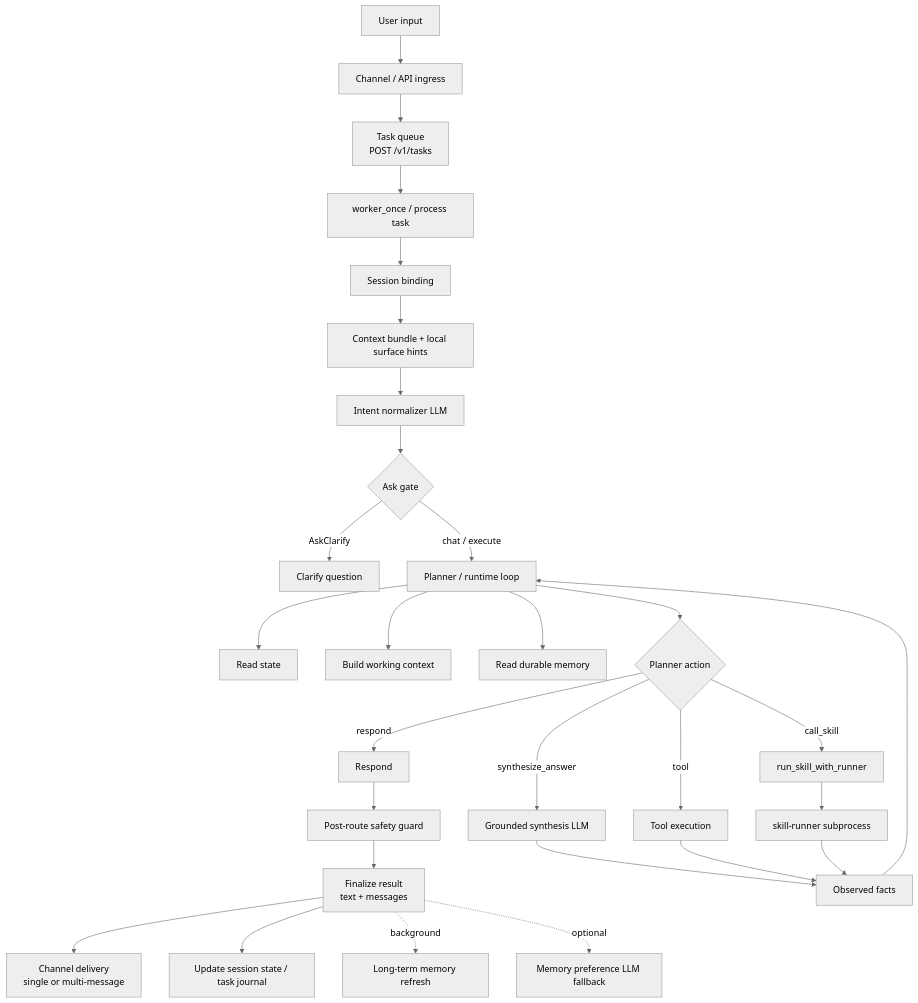
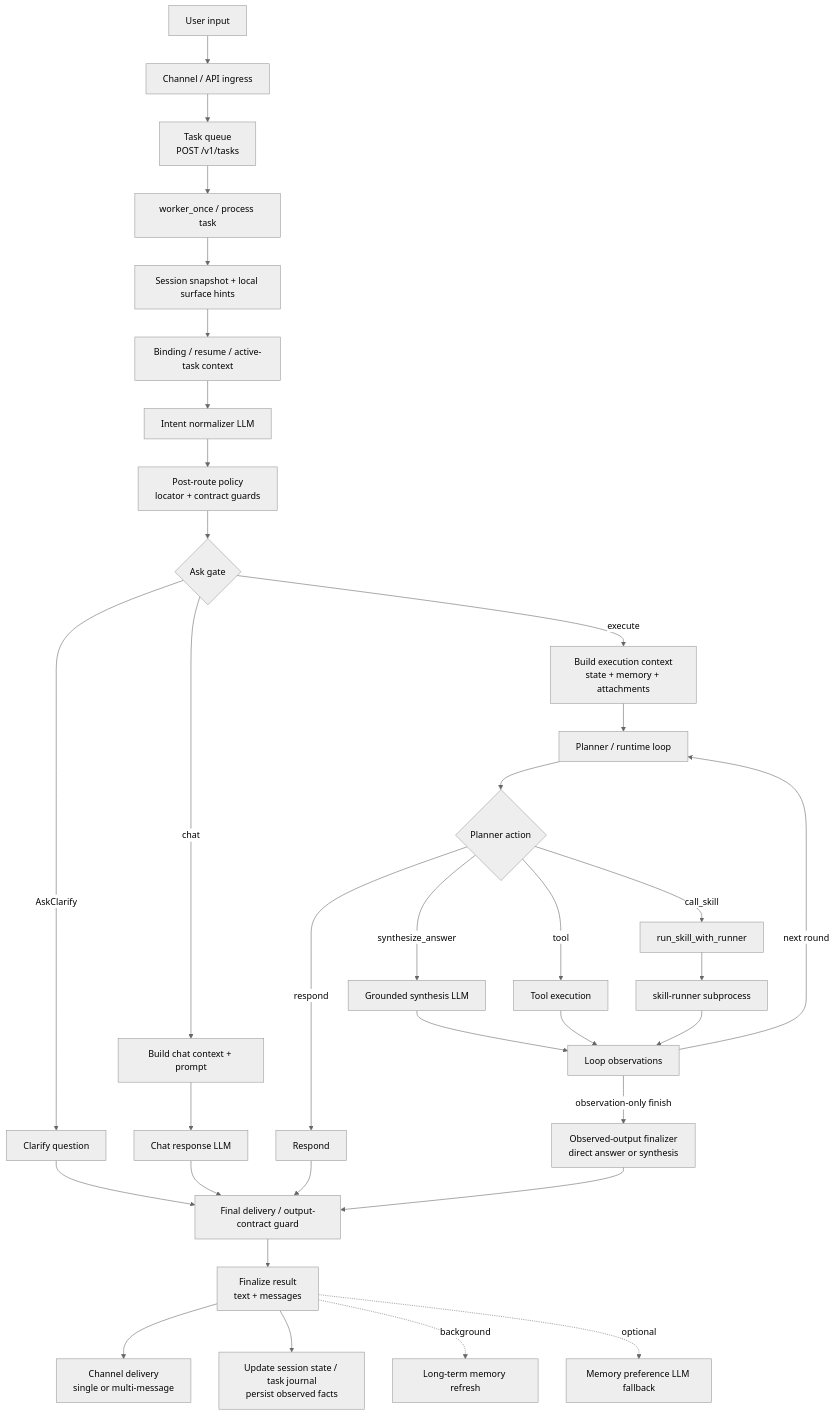
One commit to MatrixCoreX/RustClaw changed the first of 2 diagrams in README.md. Above: the diagram before and after it, drawn with Mermaid (neutral theme). The commit also changed other lines of this file and 1 other file, not shown here.

Commit message:
docs: update planner-first architecture diagrams

````diff
--- a/README.md
+++ b/README.md
@@ -28,31 +28,36 @@
 ```mermaid
 flowchart TD
     A[User input] --> B[Channel / API ingress]
     B --> B1[Task queue<br/>POST /v1/tasks]
     B1 --> B2[worker_once / process task]
-    B2 --> C[Session binding]
-    C --> D[Context bundle + local surface hints]
+    B2 --> C[Session snapshot + local surface hints]
+    C --> D[Binding / resume / active-task context]
     D --> E[Intent normalizer LLM]
-    E --> F{Ask gate}
+    E --> E2[Post-route policy<br/>locator + contract guards]
+    E2 --> F{Ask gate}
     F -->|AskClarify| G[Clarify question]
-    F -->|chat / execute| H[Planner / runtime loop]
-    H --> I[Read state]
-    H --> J[Build working context]
-    H --> K[Read durable memory]
-    H --> L{Planner action}
+    F -->|chat| CH[Build chat context + prompt]
+    CH --> CR[Chat response LLM]
+    F -->|execute| H[Build execution context<br/>state + memory + attachments]
+    H --> I[Planner / runtime loop]
+    I --> L{Planner action}
     L -->|respond| M[Respond]
     L -->|synthesize_answer| SS[Grounded synthesis LLM]
     L -->|tool| N[Tool execution]
     L -->|call_skill| N1[run_skill_with_runner]
     N1 --> N2[skill-runner subprocess]
     N2 --> P
-    N --> P[Observed facts]
+    N --> P[Loop observations]
     SS --> P
-    P --> H
-    M --> Q[Post-route safety guard]
+    P -->|next round| I
+    P -->|observation-only finish| OF[Observed-output finalizer<br/>direct answer or synthesis]
+    M --> Q[Final delivery / output-contract guard]
+    CR --> Q
+    G --> Q
+    OF --> Q
     Q --> R[Finalize result<br/>text + messages]
     R --> S[Channel delivery<br/>single or multi-message]
-    R --> T[Update session state / task journal]
+    R --> T[Update session state / task journal<br/>persist observed facts]
     R -. background .-> U[Long-term memory refresh]
     R -. optional .-> V[Memory preference LLM fallback]
 ```
````
